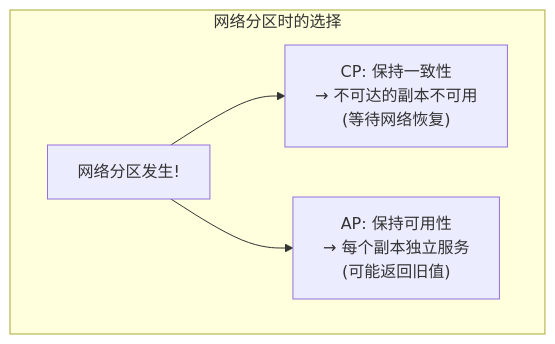
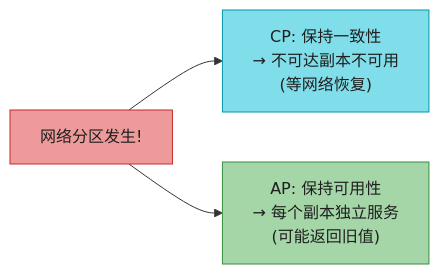
One commit to socoo123/ddia_2nd changed the sixth of 37 diagrams in ch10-一致性与共识.md. Above: the diagram before and after it, drawn with Mermaid. The commit also changed other lines of this file and 5 other files, not shown here.

````diff
--- a/ch10-一致性与共识.md
+++ b/ch10-一致性与共识.md
@@ -157,10 +239,9 @@
 ```mermaid
-graph TD
-    subgraph CAP["网络分区时的选择"]
-        PARTITION["网络分区发生!"]
-        CP["CP: 保持一致性<br/>→ 不可达的副本不可用<br/>(等待网络恢复)"]
-        AP["AP: 保持可用性<br/>→ 每个副本独立服务<br/>(可能返回旧值)"]
-        PARTITION --> CP
-        PARTITION --> AP
-    end
+flowchart LR
+    PART["网络分区发生!"] --> CP["CP: 保持一致性<br/>→ 不可达副本不可用<br/>(等网络恢复)"]
+    PART --> AP["AP: 保持可用性<br/>→ 每个副本独立服务<br/>(可能返回旧值)"]
+
+    style PART fill:#EF9A9A,stroke:#C62828,color:#1f1f1f
+    style CP fill:#80DEEA,stroke:#0097A7,color:#1f1f1f
+    style AP fill:#A5D6A7,stroke:#388E3C,color:#1f1f1f
 ```
````
